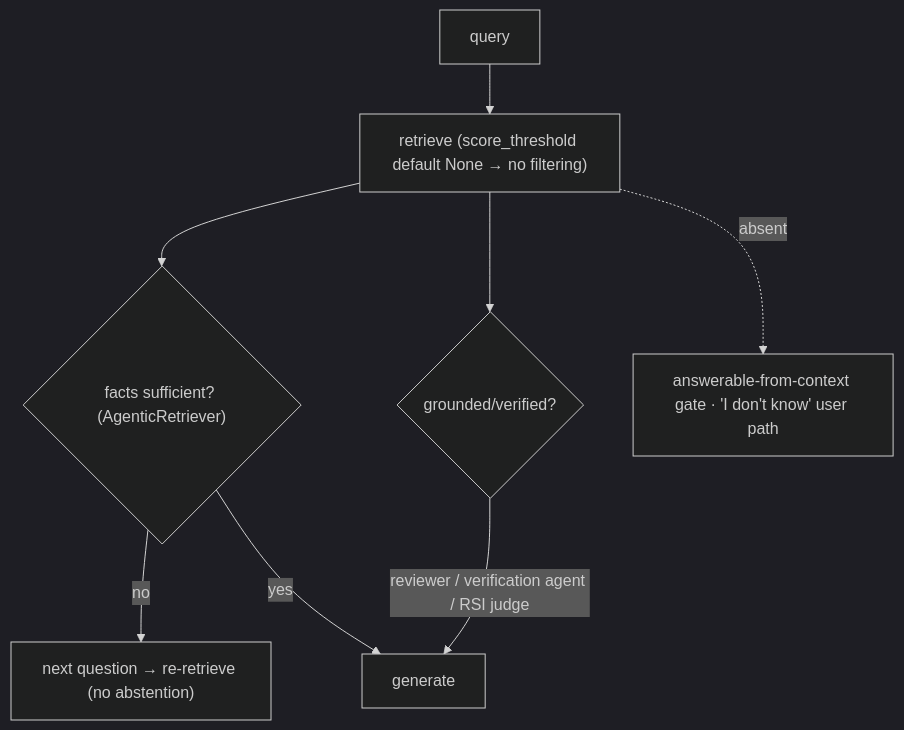
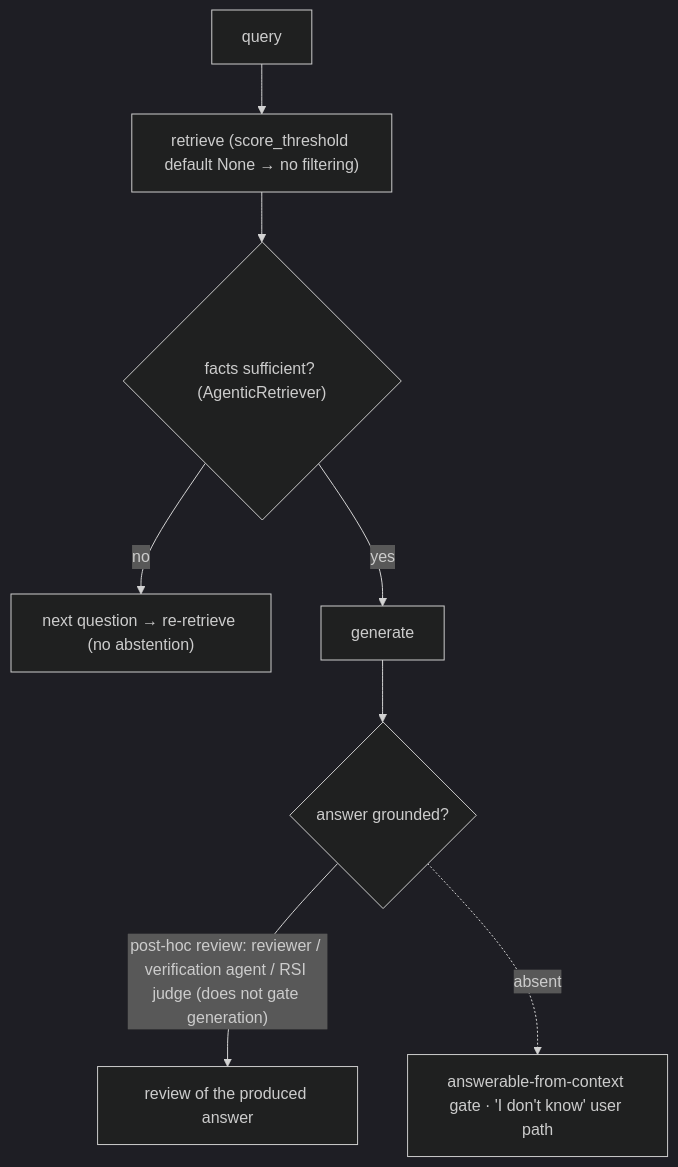
Diagram 12 of 41 in docs-michael/interview_questions/04-rag-and-retrieval.md (michaelatamuk/openjiuwen-jiuwenswarm), drawn with Mermaid (dark theme) before and after one commit. The commit also changed other lines of this file and 6 other files, not shown here.

````diff
--- a/docs-michael/interview_questions/04-rag-and-retrieval.md
+++ b/docs-michael/interview_questions/04-rag-and-retrieval.md
@@ -273,10 +273,10 @@
 ```mermaid
 flowchart TD
     Q["query"] --> R["retrieve (score_threshold default None → no filtering)"]
     R --> S{"facts sufficient? (AgenticRetriever)"}
     S -->|no| NQ["next question → re-retrieve (no abstention)"]
     S -->|yes| GEN["generate"]
-    R --> G{"grounded/verified?"}
-    G -->|"reviewer / verification agent / RSI judge"| GEN
-    R -.->|"absent"| X["answerable-from-context gate · 'I don't know' user path"]
+    GEN --> G{"answer grounded?"}
+    G -->|"post-hoc review: reviewer / verification agent / RSI judge (does not gate generation)"| RV["review of the produced answer"]
+    G -.->|"absent"| X["answerable-from-context gate · 'I don't know' user path"]
 ```
````
